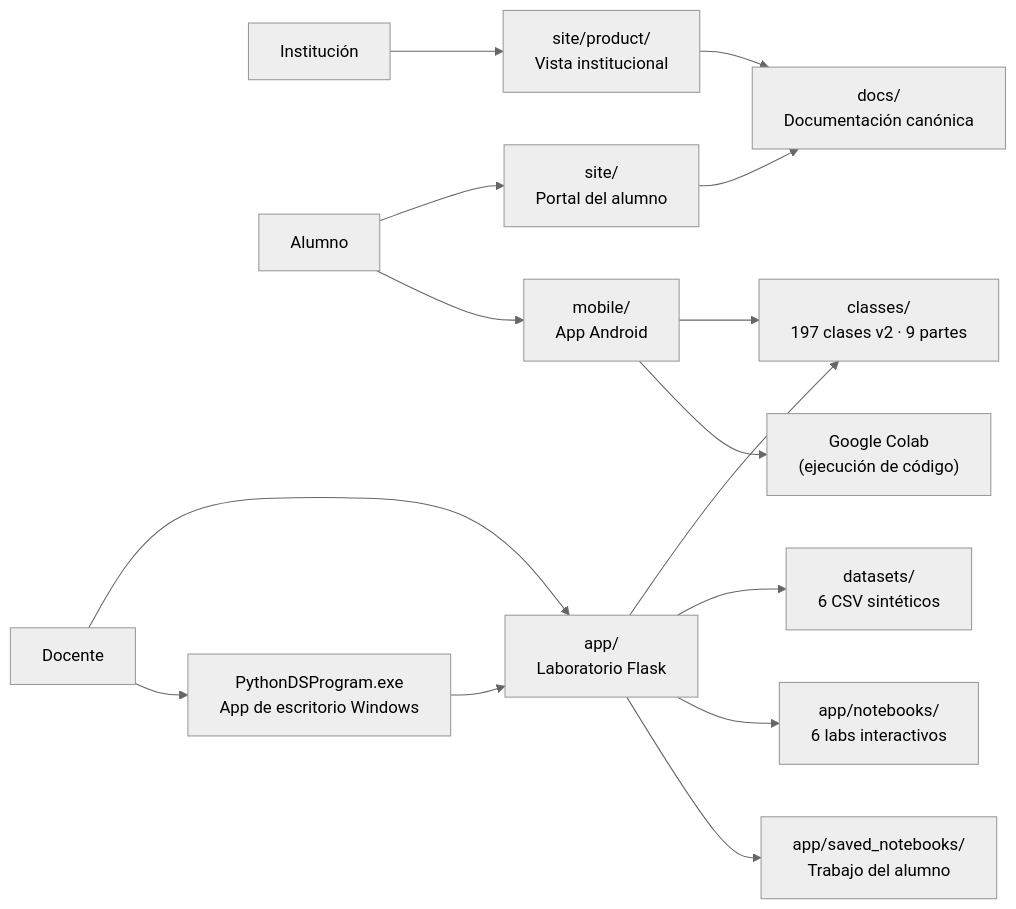
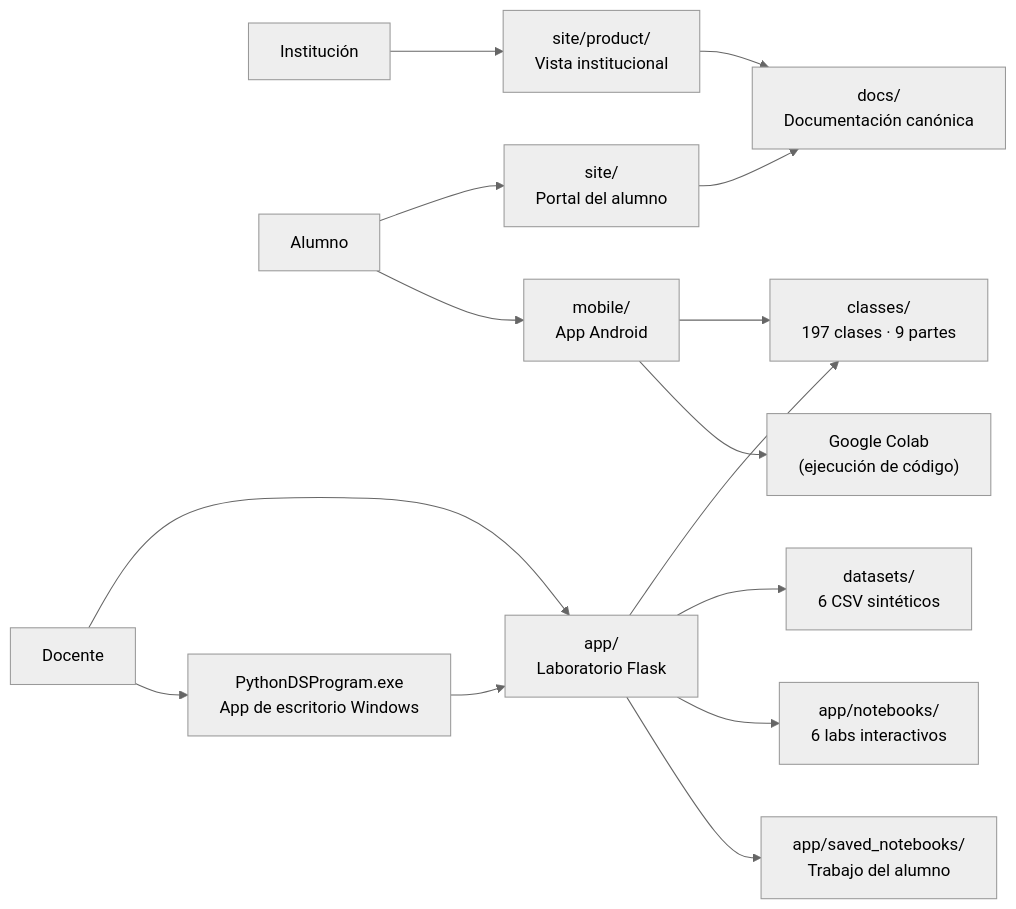
One commit to vladimiracunadev-create/python-data-science-bootcamp changed the diagram in README.md. Above: the diagram before and after it, drawn with Mermaid (neutral theme). The commit also changed other lines of this file and 22 other files, not shown here.

First line of the commit message:
docs: alinear toda la documentación al currículo actual (197 clases / 9 partes) (#1)

````diff
--- a/README.md
+++ b/README.md
@@ -149,18 +109,18 @@
 ```mermaid
 graph LR
     INST["Institución"] --> PRODUCT["site/product/\nVista institucional"]
     ALUM["Alumno"] --> PORTAL["site/\nPortal del alumno"]
     ALUM --> MOBILE["mobile/\nApp Android"]
     DOC["Docente"] --> LAB["app/\nLaboratorio Flask"]
     DOC --> WIN["PythonDSProgram.exe\nApp de escritorio Windows"]
 
     PRODUCT --> DOCS["docs/\nDocumentación canónica"]
     PORTAL --> DOCS
-    MOBILE --> CLASSES["classes/\n197 clases v2 · 9 partes"]
+    MOBILE --> CLASSES["classes/\n197 clases · 9 partes"]
     MOBILE --> COLAB["Google Colab\n(ejecución de código)"]
     LAB --> CLASSES
     LAB --> DATA["datasets/\n6 CSV sintéticos"]
     LAB --> NOTEBOOKS["app/notebooks/\n6 labs interactivos"]
     LAB --> SAVED["app/saved_notebooks/\nTrabajo del alumno"]
     WIN --> LAB
 ```
````
